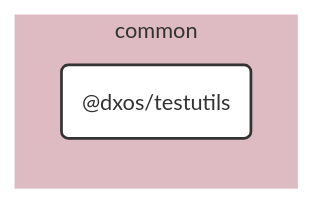
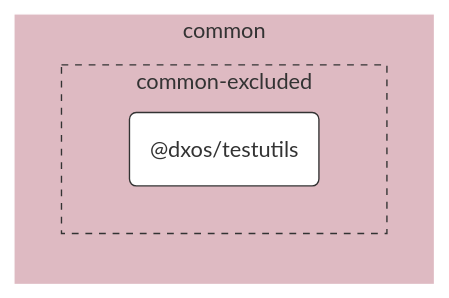
The diagram in packages/common/testutils/docs/README.md (dxos/dxos), drawn with Mermaid before and after one commit. The commit also changed 683 other files, not shown here.

````diff
--- a/packages/common/testutils/docs/README.md
+++ b/packages/common/testutils/docs/README.md
@@ -7,25 +7,24 @@
 ```mermaid
 %%{ init: {'flowchart':{'curve':'basis'}} }%%
 
 flowchart LR
 
-%% Links
+%% Classes
+classDef def fill:#fff,stroke:#333,stroke-width:1px
+classDef root fill:#fff,stroke:#333,stroke-width:4px
 
-%% Sections
-subgraph common
-  style common fill:#debac2,stroke:#fff;
+%% Nodes
 
-  dxos/testutils("@dxos/testutils")
+subgraph common [common]
+  style common fill:#debac2,stroke:#fff
+
+  subgraph common-excluded [common-excluded]
+    style common-excluded fill:#debac2,stroke:#333,stroke-dasharray:5 5
+    dxos/testutils("@dxos/testutils"):::def
+    click dxos/testutils "dxos/dxos/tree/main/packages/common/testutils/docs"
+  end
 end
 
-
-%% Hyperlinks
-
-%% Styles
-classDef rootNode fill:#fff,stroke:#333,stroke-width:2px
-classDef defaultNode fill:#fff,stroke:#333,stroke-width:1px
+%% Links
 linkStyle default stroke:#333,stroke-width:1px
-
-dxos/testutils:::rootNode
-
 ```
````
